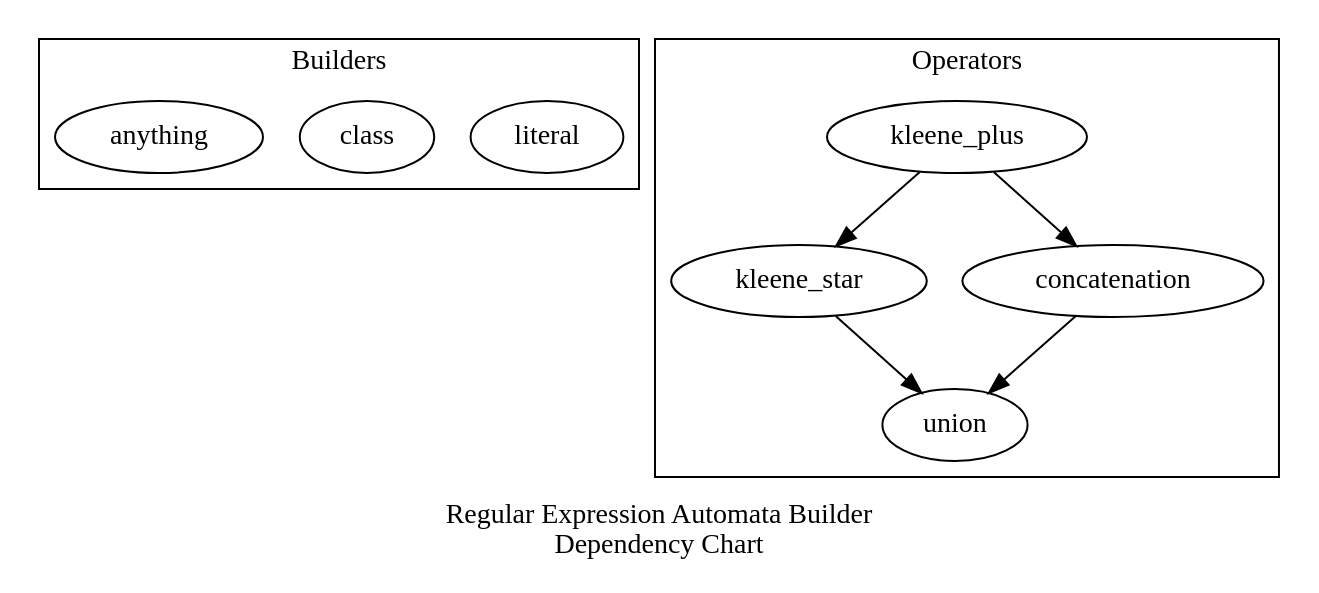
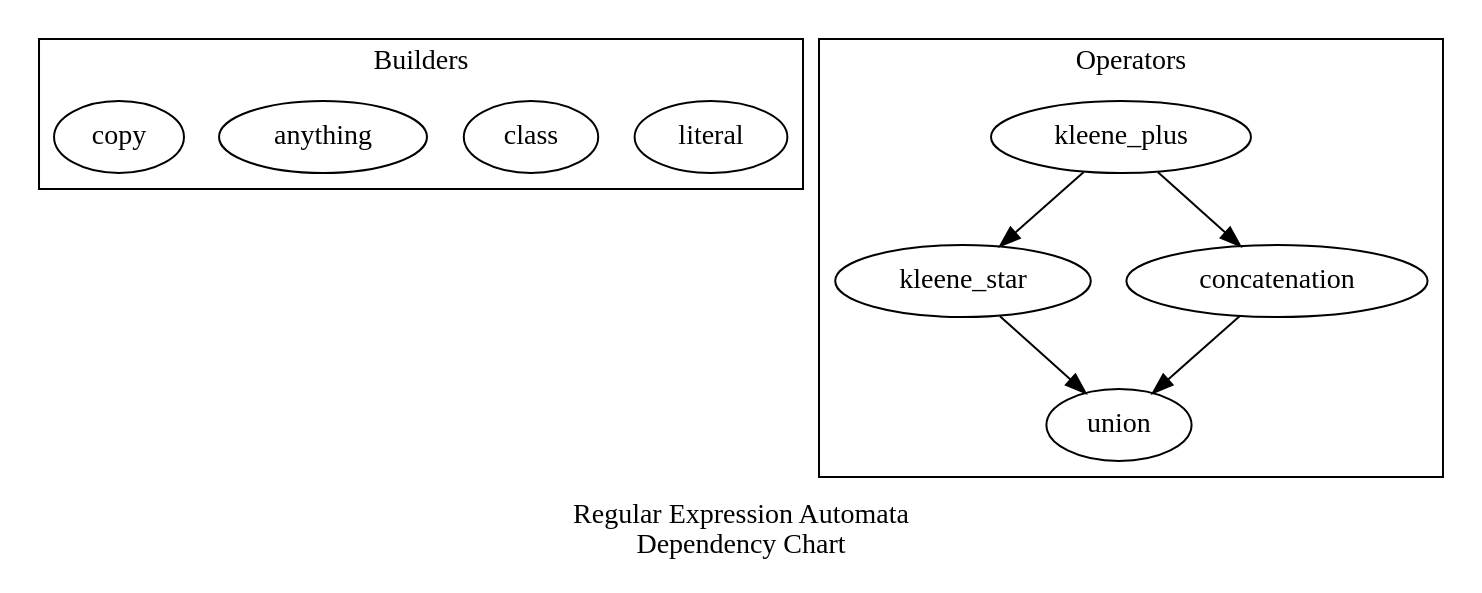
Before and after one commit to andriybyelikov/libsapling: the diagram in docs/reab.gv, drawn with Graphviz. The commit also changed 8 other files, not shown here.

Commit message:
Implement regular expression automata

```diff
--- a/docs/reab.gv
+++ b/docs/reab.gv
@@ -1,17 +1,18 @@
 digraph
 {
-    label="Regular Expression Automata Builder\nDependency Chart";
+    label="Regular Expression Automata\nDependency Chart";
 
     subgraph cluster_lexeme
     {
         label="Builders";
-        literal,class,anything;
+        literal,class,anything,copy;
     }
 
-    subgraph cluster_automata {
+    subgraph cluster_automata
+    {
         label="Operators";
         kleene_star,union,concatenation,kleene_plus;
         concatenation,kleene_star->union;
         kleene_plus->concatenation,kleene_star;
     }
 }
```
